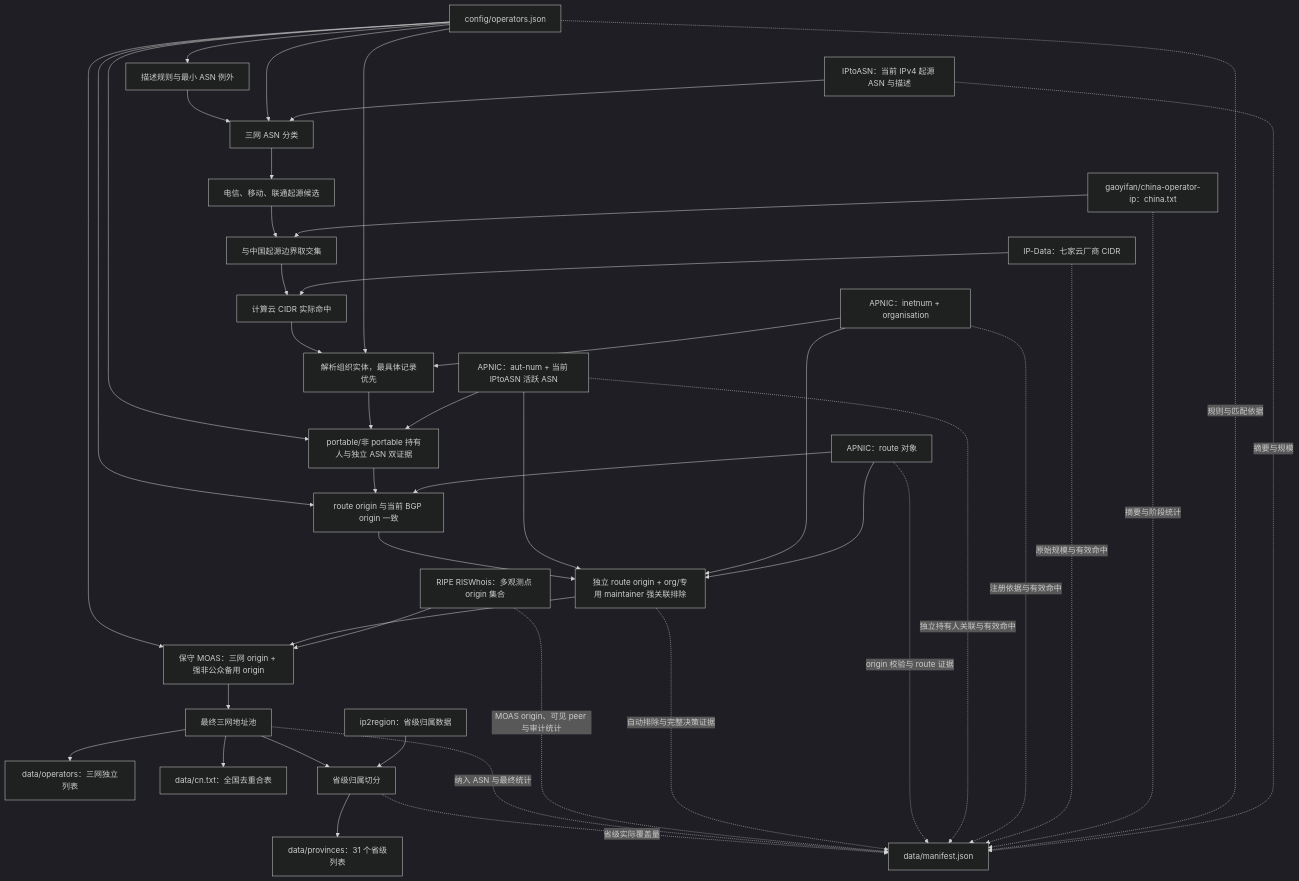
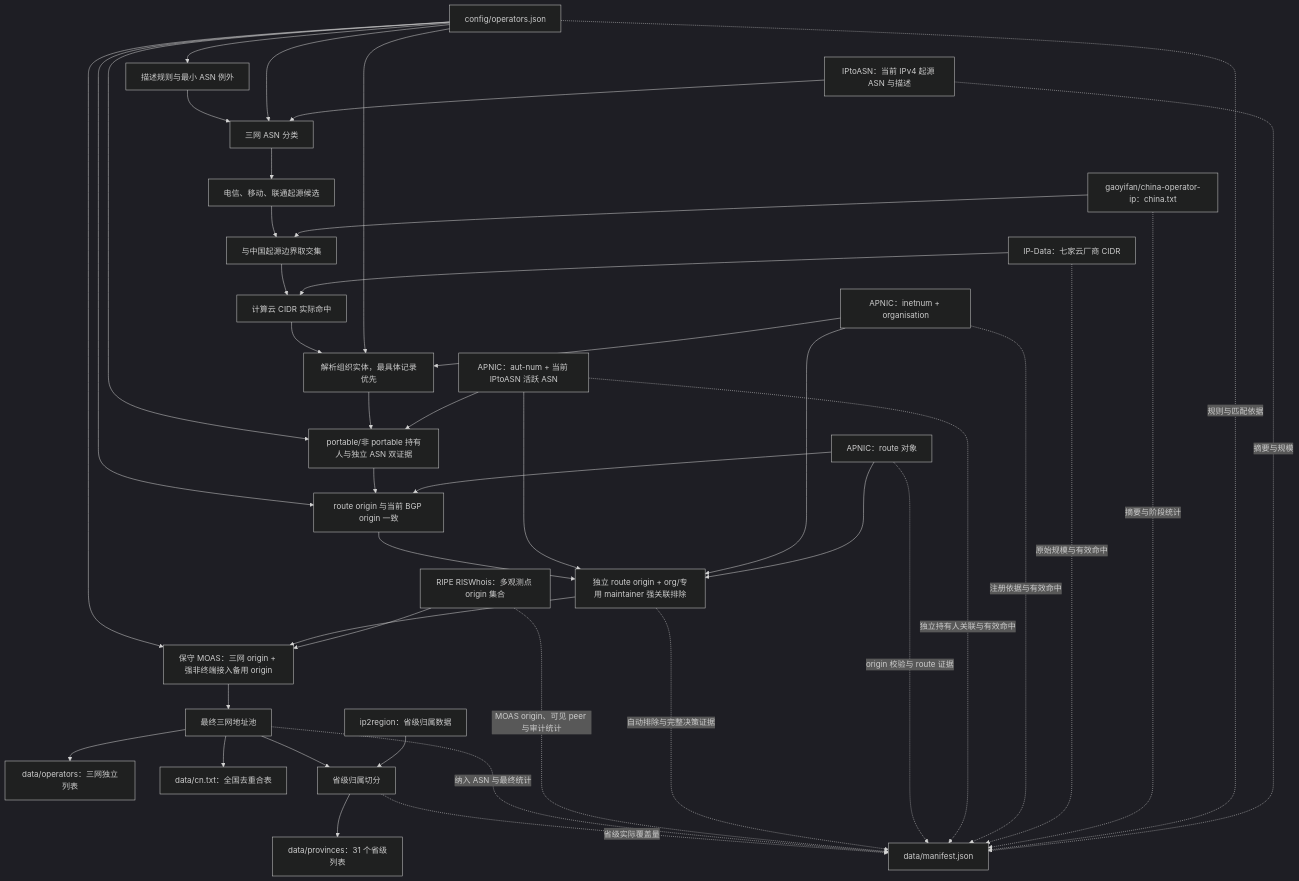
One commit to closur3/cn-eyeball-prefixes changed the diagram in README.md. Above: the diagram before and after it, drawn with Mermaid (dark theme). The commit also changed other lines of this file and 4 other files, not shown here.

````diff
--- a/README.md
+++ b/README.md
@@ -9,50 +11,50 @@
 ```mermaid
 flowchart TD
     A["IPtoASN：当前 IPv4 起源 ASN 与描述"] --> B["三网 ASN 分类"]
     C["config/operators.json"] --> B
     C --> D["描述规则与最小 ASN 例外"]
     D --> B
     B --> E["电信、移动、联通起源候选"]
 
     F["gaoyifan/china-operator-ip：china.txt"] --> G["与中国起源边界取交集"]
     E --> G
 
     H["IP-Data：七家云厂商 CIDR"] --> I["计算云 CIDR 实际命中"]
     G --> I
     Q["APNIC：inetnum + organisation"] --> R["解析组织实体，最具体记录优先"]
     C --> R
     I --> R
     W["APNIC：aut-num + 当前 IPtoASN 活跃 ASN"] --> X["portable/非 portable 持有人与独立 ASN 双证据"]
     R --> X
     C --> X
     S["APNIC：route 对象"] --> T["route origin 与当前 BGP origin 一致"]
     X --> T
     C --> T
     S --> Y["独立 route origin + org/专用 maintainer 强关联排除"]
     Q --> Y
     W --> Y
-    U["RIPE RISWhois：多观测点 origin 集合"] --> V["保守 MOAS：三网 origin + 强非公众备用 origin"]
+    U["RIPE RISWhois：多观测点 origin 集合"] --> V["保守 MOAS：三网 origin + 强非终端接入备用 origin"]
     T --> Y
     Y --> V
     C --> V
     V --> J["最终三网地址池"]
 
     J --> K["data/operators：三网独立列表"]
     J --> L["data/cn.txt：全国去重合表"]
 
     M["ip2region：省级归属数据"] --> N["省级归属切分"]
     J --> N
     N --> O["data/provinces：31 个省级列表"]
 
     A -. "摘要与规模" .-> P["data/manifest.json"]
     C -. "规则与匹配依据" .-> P
     F -. "摘要与阶段统计" .-> P
     H -. "原始规模与有效命中" .-> P
     Q -. "注册依据与有效命中" .-> P
     W -. "独立持有人关联与有效命中" .-> P
     S -. "origin 校验与 route 证据" .-> P
     Y -. "自动排除与完整决策证据" .-> P
     U -. "MOAS origin、可见 peer 与审计统计" .-> P
     J -. "纳入 ASN 与最终统计" .-> P
     N -. "省级实际覆盖量" .-> P
 ```
````
